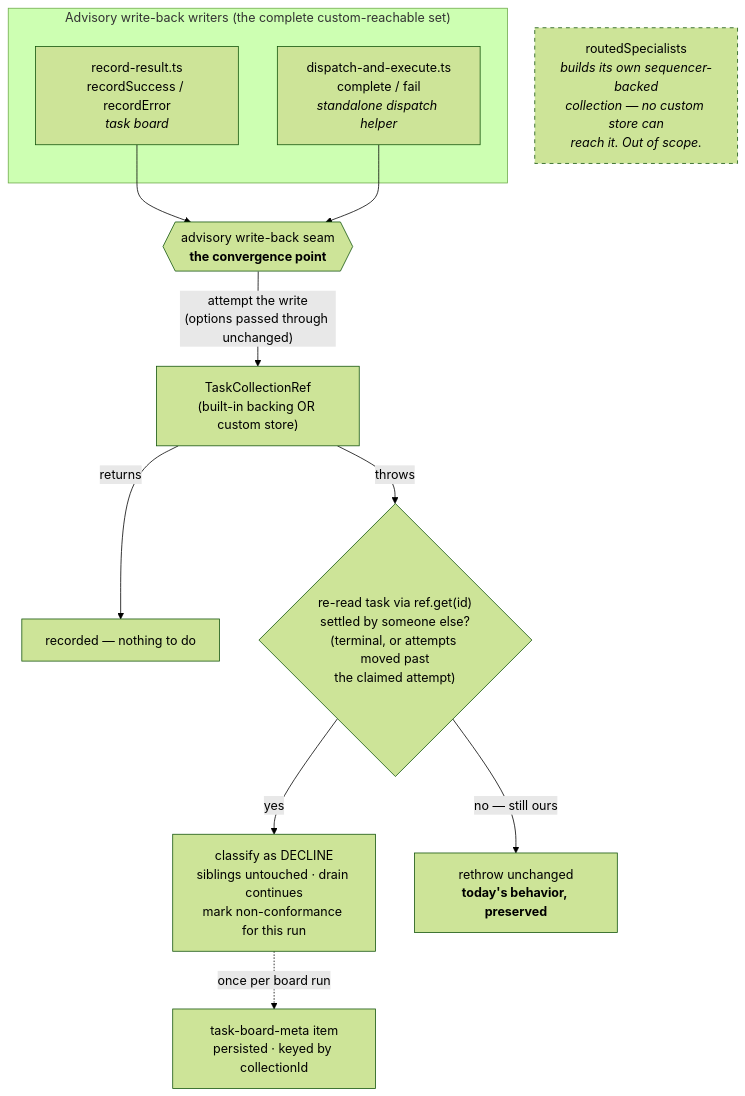
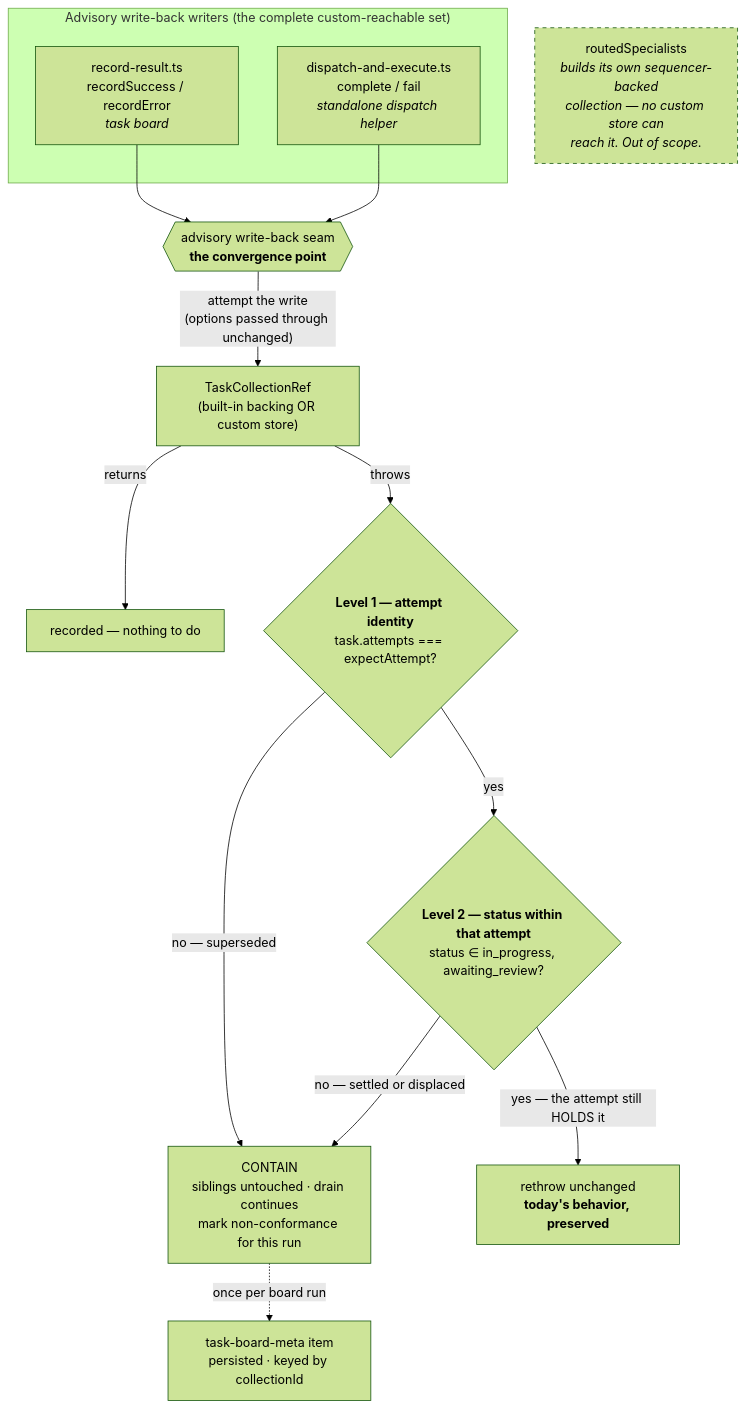
The diagram in docs/specs/FIX-964.md (fixpoint-labs/flow-state-dev), drawn with Mermaid (forest theme) before and after one commit. The commit also changed other lines of this file, not shown here.

First line of the commit message:
spec(FIX-964): round-1 fold (partial) — call shouldDeclineTransition, narrow the guarantee

````diff
--- a/docs/specs/FIX-964.md
+++ b/docs/specs/FIX-964.md
@@ -144,22 +157,24 @@
 ```mermaid
 flowchart TD
   subgraph writers["Advisory write-back writers (the complete custom-reachable set)"]
     RS["record-result.ts<br/>recordSuccess / recordError<br/><i>task board</i>"]
     DE["dispatch-and-execute.ts<br/>complete / fail<br/><i>standalone dispatch helper</i>"]
   end
 
   SEAM{{"advisory write-back seam<br/><b>the convergence point</b>"}}
   RS --> SEAM
   DE --> SEAM
 
   SEAM -->|"attempt the write<br/>(options passed through unchanged)"| REF["TaskCollectionRef<br/>(built-in backing OR custom store)"]
   REF -->|returns| OK["recorded — nothing to do"]
-  REF -->|throws| CLASSIFY{"re-read task via ref.get(id)<br/>settled by someone else?<br/>(terminal, or attempts moved past<br/>the claimed attempt)"}
-  CLASSIFY -->|yes| DECLINE["classify as DECLINE<br/>siblings untouched · drain continues<br/>mark non-conformance for this run"]
-  CLASSIFY -->|"no — still ours"| RETHROW["rethrow unchanged<br/><b>today's behavior, preserved</b>"]
+  REF -->|throws| L1{"<b>Level 1 — attempt identity</b><br/>task.attempts === expectAttempt?"}
+  L1 -->|"no — superseded"| CONTAIN
+  L1 -->|yes| L2{"<b>Level 2 — status within that attempt</b><br/>status ∈ in_progress, awaiting_review?"}
+  L2 -->|"yes — the attempt still HOLDS it"| RETHROW["rethrow unchanged<br/><b>today's behavior, preserved</b>"]
+  L2 -->|"no — settled or displaced"| CONTAIN["CONTAIN<br/>siblings untouched · drain continues<br/>mark non-conformance for this run"]
 
-  DECLINE -.->|"once per board run"| META["task-board-meta item<br/>persisted · keyed by collectionId"]
+  CONTAIN -.->|"once per board run"| META["task-board-meta item<br/>persisted · keyed by collectionId"]
 
   EXCL["routedSpecialists<br/><i>builds its own sequencer-backed<br/>collection — no custom store can<br/>reach it. Out of scope.</i>"]
   style EXCL stroke-dasharray: 5 5
 ```
````
